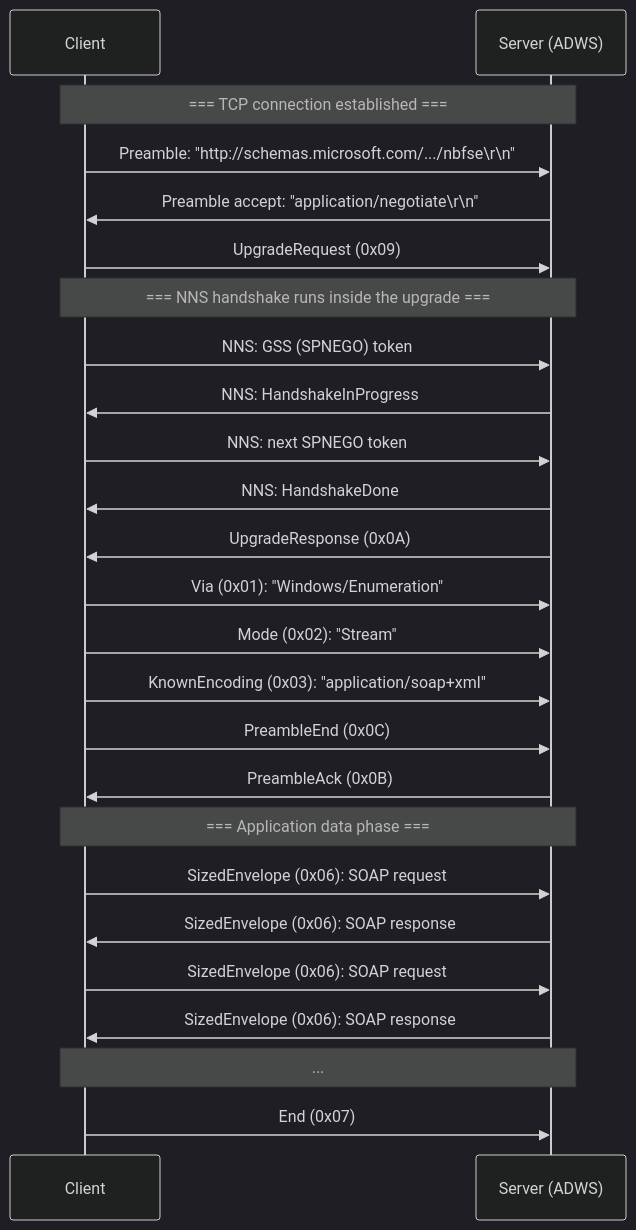
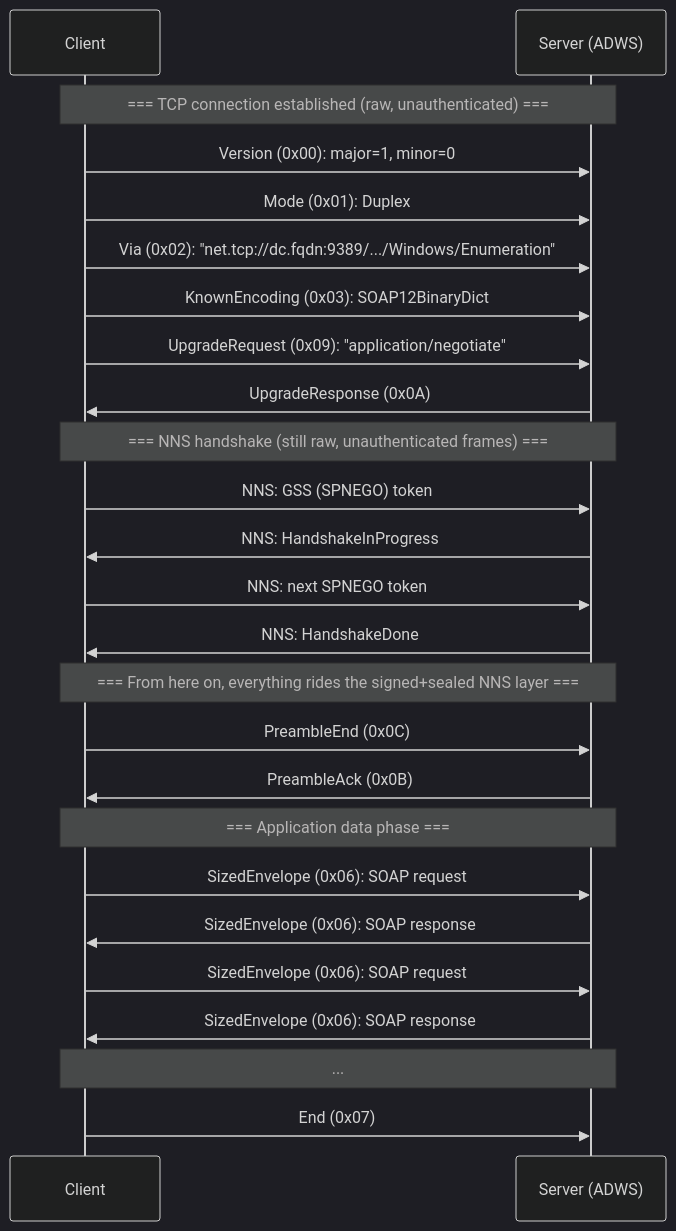
The fourth of 4 diagrams in articles/adws-the-soap-bridge.md (Macmod/ginpacket-wiki), drawn with Mermaid (dark theme) before and after one commit. The commit also changed other lines of this file, not shown here.

````diff
--- a/articles/adws-the-soap-bridge.md
+++ b/articles/adws-the-soap-bridge.md
@@ -478,31 +489,31 @@
 ```mermaid
 sequenceDiagram
     participant C as Client
     participant S as Server (ADWS)
 
-    Note over C,S: === TCP connection established ===
-    C->>S: Preamble: "http://schemas.microsoft.com/.../nbfse\r\n"
-    S->>C: Preamble accept: "application/negotiate\r\n"
-    C->>S: UpgradeRequest (0x09)
+    Note over C,S: === TCP connection established (raw, unauthenticated) ===
+    C->>S: Version (0x00): major=1, minor=0
+    C->>S: Mode (0x01): Duplex
+    C->>S: Via (0x02): "net.tcp://dc.fqdn:9389/.../Windows/Enumeration"
+    C->>S: KnownEncoding (0x03): SOAP12BinaryDict
+    C->>S: UpgradeRequest (0x09): "application/negotiate"
+    S->>C: UpgradeResponse (0x0A)
 
-    Note over C,S: === NNS handshake runs inside the upgrade ===
+    Note over C,S: === NNS handshake (still raw, unauthenticated frames) ===
     C->>S: NNS: GSS (SPNEGO) token
     S->>C: NNS: HandshakeInProgress
     C->>S: NNS: next SPNEGO token
     S->>C: NNS: HandshakeDone
 
-    S->>C: UpgradeResponse (0x0A)
-    C->>S: Via (0x01): "Windows/Enumeration"
-    C->>S: Mode (0x02): "Stream"
-    C->>S: KnownEncoding (0x03): "application/soap+xml"
+    Note over C,S: === From here on, everything rides the signed+sealed NNS layer ===
     C->>S: PreambleEnd (0x0C)
     S->>C: PreambleAck (0x0B)
 
     Note over C,S: === Application data phase ===
     C->>S: SizedEnvelope (0x06): SOAP request
     S->>C: SizedEnvelope (0x06): SOAP response
     C->>S: SizedEnvelope (0x06): SOAP request
     S->>C: SizedEnvelope (0x06): SOAP response
     Note over C,S: ...
     C->>S: End (0x07)
 ```
````
